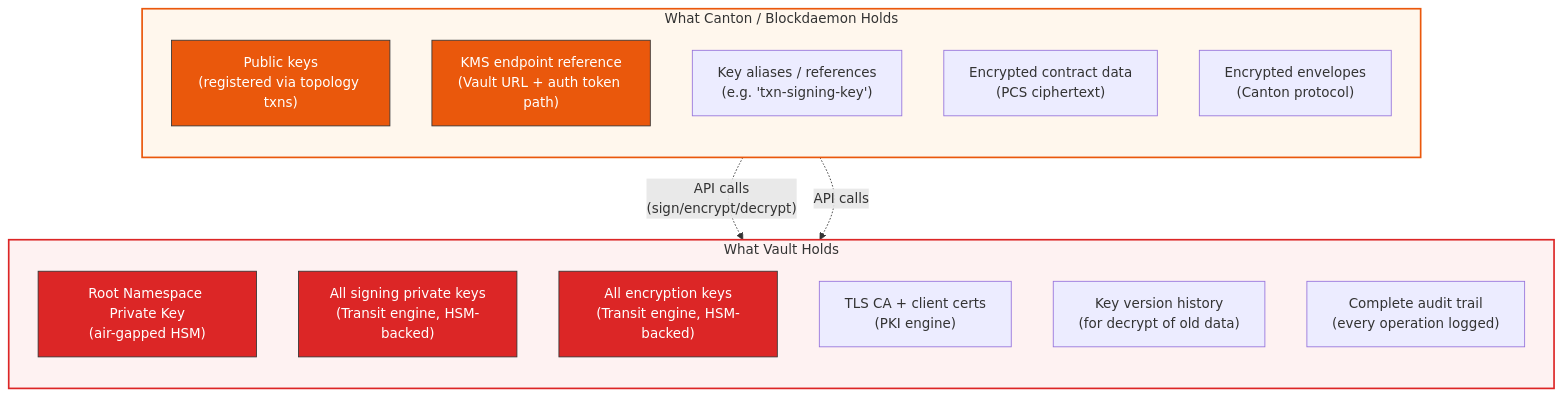
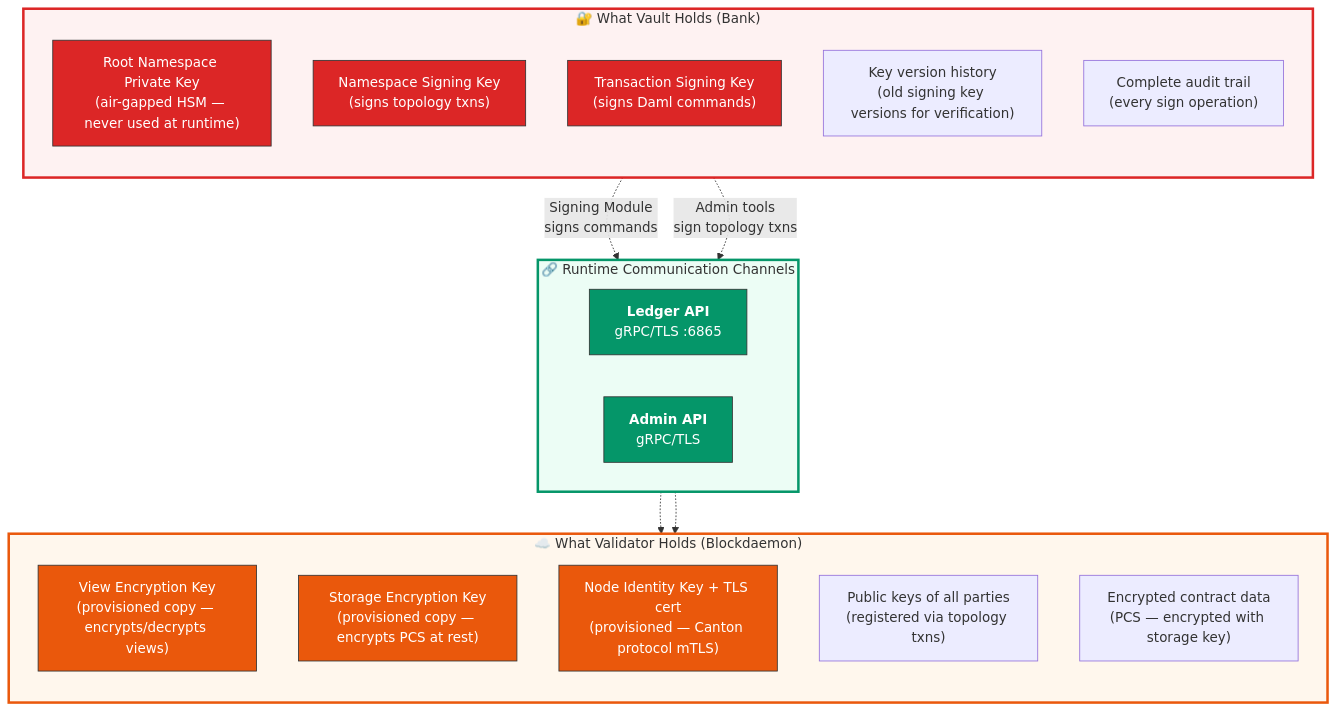
One commit to sickle5stone/canton changed the seventh of 8 diagrams in vault-blockdaemon-kms-architecture.md. Above: the diagram before and after it, drawn with Mermaid. The commit also changed other lines of this file and 5 other files, not shown here.

First line of the commit message:
Rewrite KMS architecture: one-time key provisioning with full segregation

````diff
--- a/vault-blockdaemon-kms-architecture.md
+++ b/vault-blockdaemon-kms-architecture.md
@@ -270,32 +338,43 @@
 ```mermaid
 graph TB
-    subgraph CANTON_HOLDS["What Canton / Blockdaemon Holds"]
+    subgraph VAULT_HOLDS["🔐 What Vault Holds (Bank)"]
         direction TB
-        C1["Public keys<br/>(registered via topology txns)"]
-        C2["KMS endpoint reference<br/>(Vault URL + auth token path)"]
-        C3["Key aliases / references<br/>(e.g. 'txn-signing-key')"]
-        C4["Encrypted contract data<br/>(PCS ciphertext)"]
-        C5["Encrypted envelopes<br/>(Canton protocol)"]
+        V1["Root Namespace Private Key<br/>(air-gapped HSM — never used at runtime)"]
+        V2["Namespace Signing Key<br/>(signs topology txns)"]
+        V3["Transaction Signing Key<br/>(signs Daml commands)"]
+        V4["Key version history<br/>(old signing key versions for verification)"]
+        V5["Complete audit trail<br/>(every sign operation)"]
     end
 
-    subgraph VAULT_HOLDS["What Vault Holds"]
+    subgraph BD_HOLDS["☁️ What Validator Holds (Blockdaemon)"]
         direction TB
-        V1["Root Namespace Private Key<br/>(air-gapped HSM)"]
-        V2["All signing private keys<br/>(Transit engine, HSM-backed)"]
-        V3["All encryption keys<br/>(Transit engine, HSM-backed)"]
-        V4["TLS CA + client certs<br/>(PKI engine)"]
-        V5["Key version history<br/>(for decrypt of old data)"]
-        V6["Complete audit trail<br/>(every operation logged)"]
+        B1["View Encryption Key<br/>(provisioned copy — encrypts/decrypts views)"]
+        B2["Storage Encryption Key<br/>(provisioned copy — encrypts PCS at rest)"]
+        B3["Node Identity Key + TLS cert<br/>(provisioned — Canton protocol mTLS)"]
+        B4["Public keys of all parties<br/>(registered via topology txns)"]
+        B5["Encrypted contract data<br/>(PCS — encrypted with storage key)"]
     end
 
-    C2 -.->|"API calls<br/>(sign/encrypt/decrypt)"| V2
-    C2 -.->|"API calls"| V3
+    subgraph COMMS["🔗 Runtime Communication Channels"]
+        direction LR
+        LAPI["<b>Ledger API</b><br/>gRPC/TLS :6865"]
+        AAPI["<b>Admin API</b><br/>gRPC/TLS"]
+    end
 
-    style CANTON_HOLDS fill:#fff7ed,stroke:#ea580c,stroke-width:2px
-    style VAULT_HOLDS fill:#fef2f2,stroke:#dc2626,stroke-width:2px
+    V3 -.->|"Signing Module<br/>signs commands"| LAPI
+    V2 -.->|"Admin tools<br/>sign topology txns"| AAPI
+    LAPI -.-> B1
+    AAPI -.-> B4
+
+    style VAULT_HOLDS fill:#fef2f2,stroke:#dc2626,stroke-width:3px
+    style BD_HOLDS fill:#fff7ed,stroke:#ea580c,stroke-width:3px
+    style COMMS fill:#ecfdf5,stroke:#059669,stroke-width:3px
     style V1 fill:#dc2626,stroke:#333,color:#fff
     style V2 fill:#dc2626,stroke:#333,color:#fff
     style V3 fill:#dc2626,stroke:#333,color:#fff
-    style C1 fill:#ea580c,stroke:#333,color:#fff
-    style C2 fill:#ea580c,stroke:#333,color:#fff
+    style B1 fill:#ea580c,stroke:#333,color:#fff
+    style B2 fill:#ea580c,stroke:#333,color:#fff
+    style B3 fill:#ea580c,stroke:#333,color:#fff
+    style LAPI fill:#059669,stroke:#333,color:#fff
+    style AAPI fill:#059669,stroke:#333,color:#fff
 ```
````
